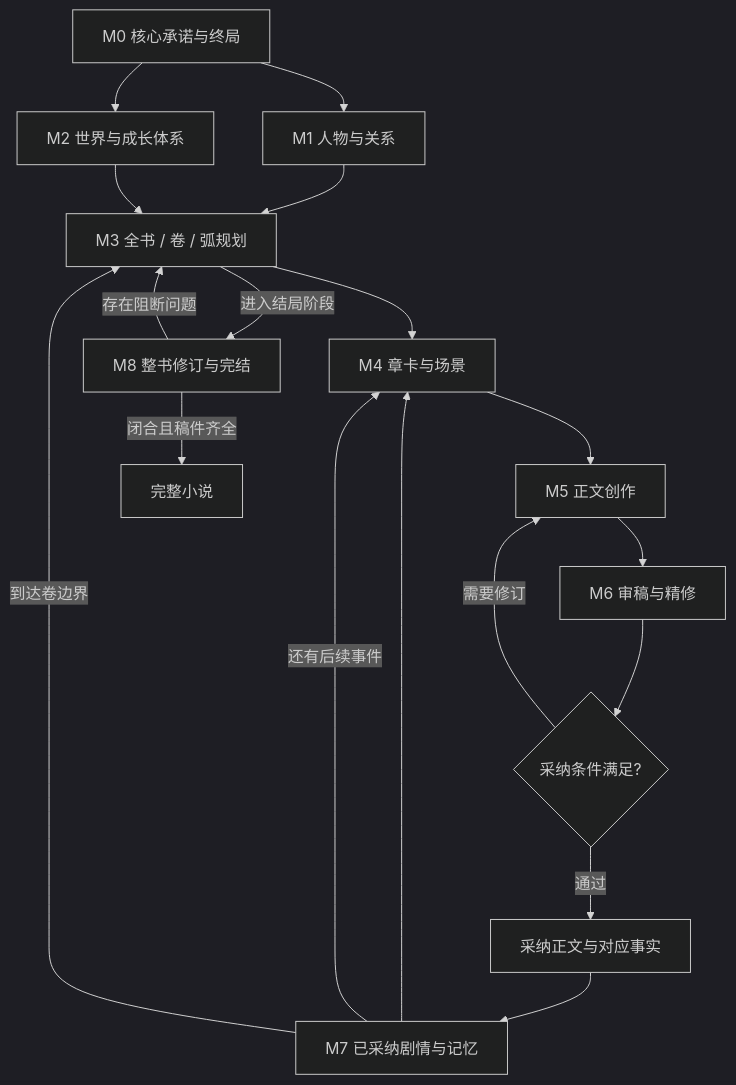
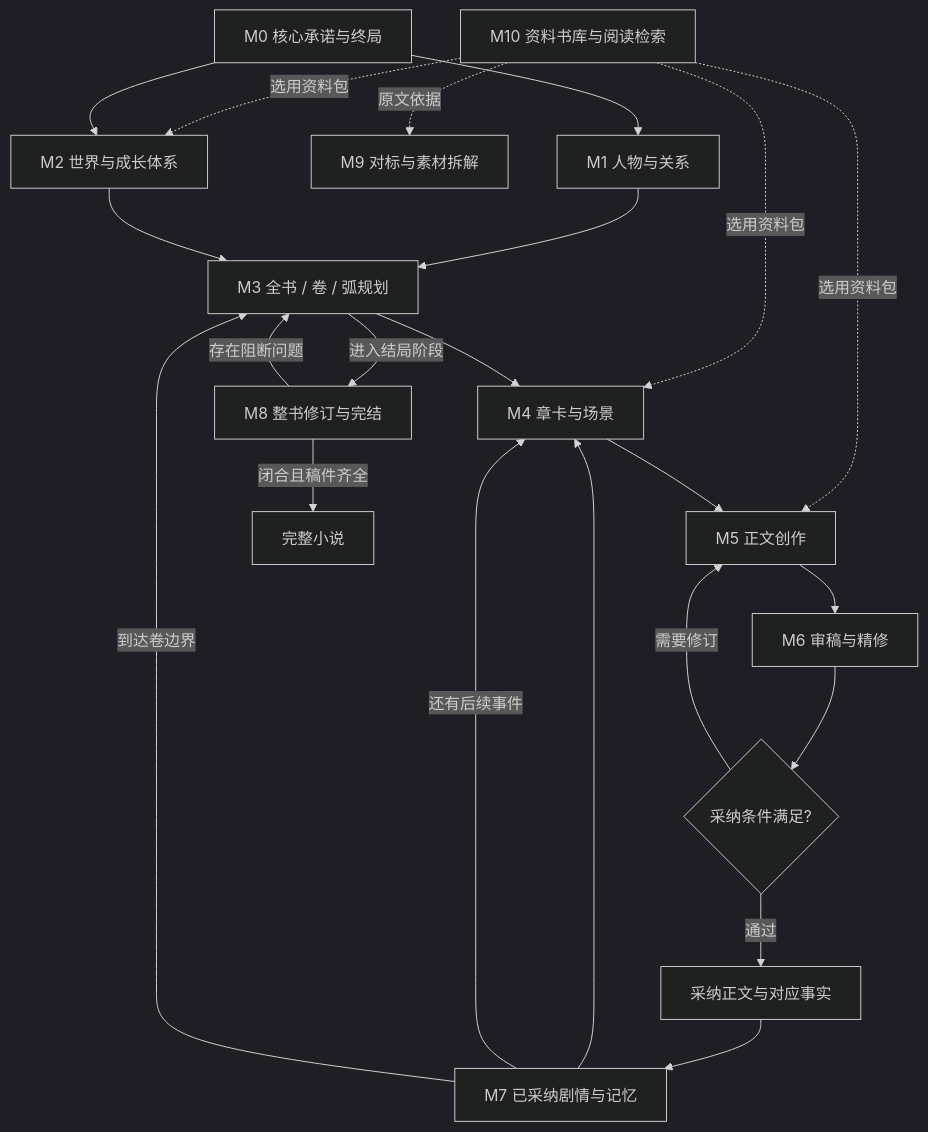
The diagram in 02-作者需求与完整小说工作台设计.md (matthewdailytools/ainovel), drawn with Mermaid (dark theme) before and after one commit. The commit also changed other lines of this file and 7 other files, not shown here.

````diff
--- a/02-作者需求与完整小说工作台设计.md
+++ b/02-作者需求与完整小说工作台设计.md
@@ -164,20 +174,24 @@
 ```mermaid
 flowchart TD
+    L[M10 资料书库与阅读检索] -.选用资料包.-> W
+    L -.选用资料包.-> S
+    L -.选用资料包.-> D
+    L -.原文依据.-> X[M9 对标与素材拆解]
     B[M0 核心承诺与终局] --> C[M1 人物与关系]
     B --> W[M2 世界与成长体系]
     C --> P[M3 全书 / 卷 / 弧规划]
     W --> P
     P --> S[M4 章卡与场景]
     K[M7 已采纳剧情与记忆] --> S
     S --> D[M5 正文创作]
     D --> R[M6 审稿与精修]
     R --> G{采纳条件满足?}
     G -->|需要修订| D
     G -->|通过| A[采纳正文与对应事实]
     A --> K
     K -->|还有后续事件| S
     K -->|到达卷边界| P
     P -->|进入结局阶段| F[M8 整书修订与完结]
     F -->|存在阻断问题| P
     F -->|闭合且稿件齐全| E[完整小说]
 ```
````
